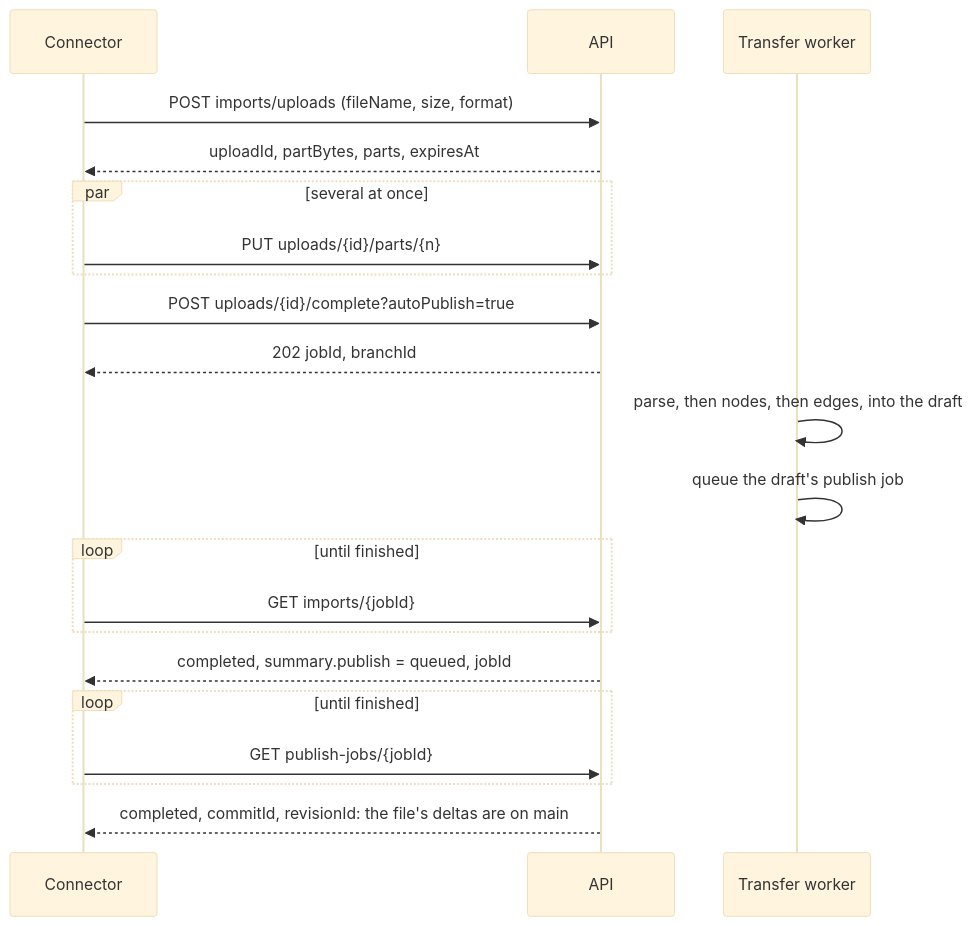
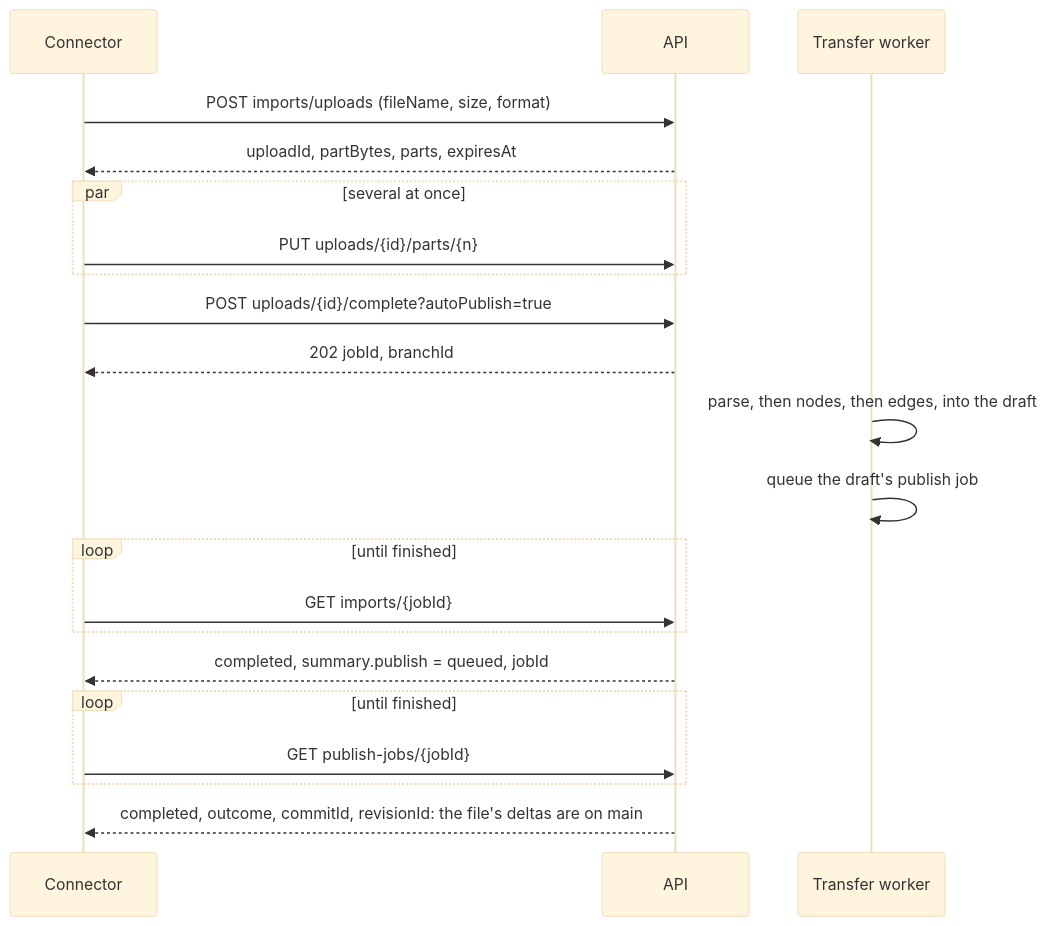
One commit to rkrumins/dataviz changed the diagram in docs/CONNECTOR_GUIDE.md. Above: the diagram before and after it, drawn with Mermaid (base theme). The commit also changed other lines of this file and 27 other files, not shown here.

````diff
--- a/docs/CONNECTOR_GUIDE.md
+++ b/docs/CONNECTOR_GUIDE.md
@@ -28,23 +28,23 @@
 ```mermaid
 sequenceDiagram
     participant C as Connector
     participant A as API
     participant W as Transfer worker
     C->>A: POST imports/uploads (fileName, size, format)
     A-->>C: uploadId, partBytes, parts, expiresAt
     par several at once
         C->>A: PUT uploads/{id}/parts/{n}
     end
     C->>A: POST uploads/{id}/complete?autoPublish=true
     A-->>C: 202 jobId, branchId
     W->>W: parse, then nodes, then edges, into the draft
     W->>W: queue the draft's publish job
     loop until finished
         C->>A: GET imports/{jobId}
     end
     A-->>C: completed, summary.publish = queued, jobId
     loop until finished
         C->>A: GET publish-jobs/{jobId}
     end
-    A-->>C: completed, commitId, revisionId: the file's deltas are on main
+    A-->>C: completed, outcome, commitId, revisionId: the file's deltas are on main
 ```
````
